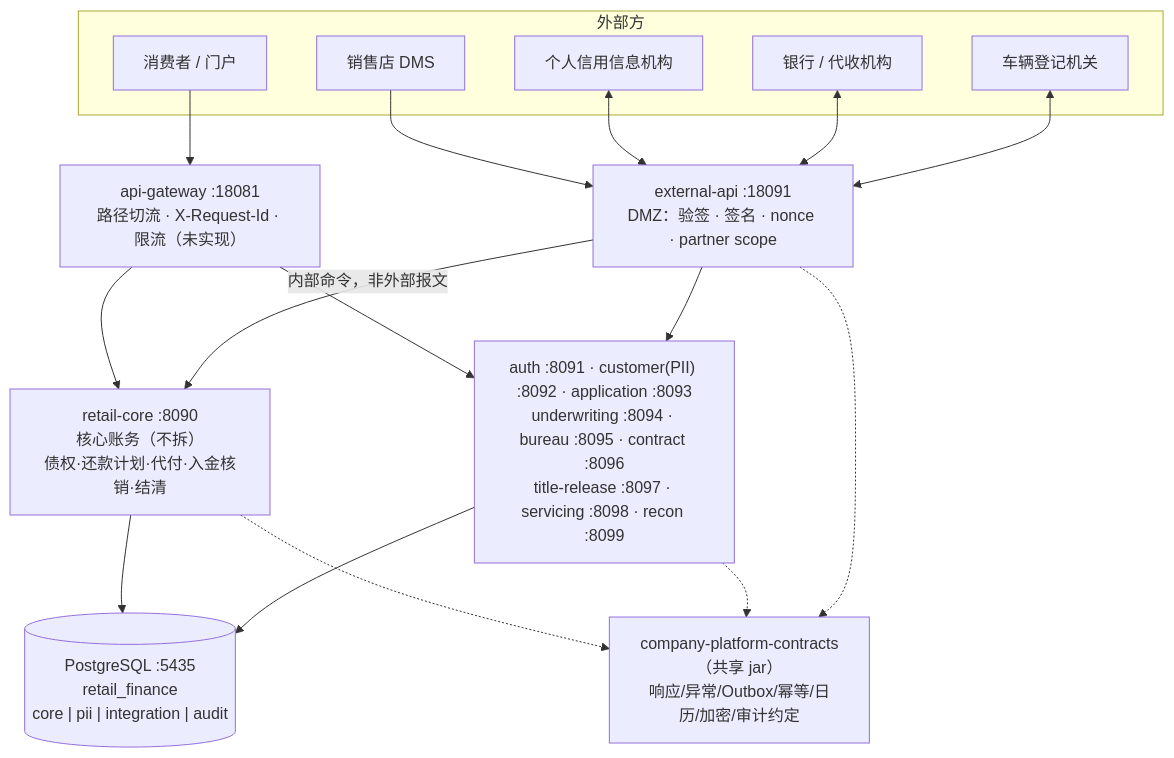
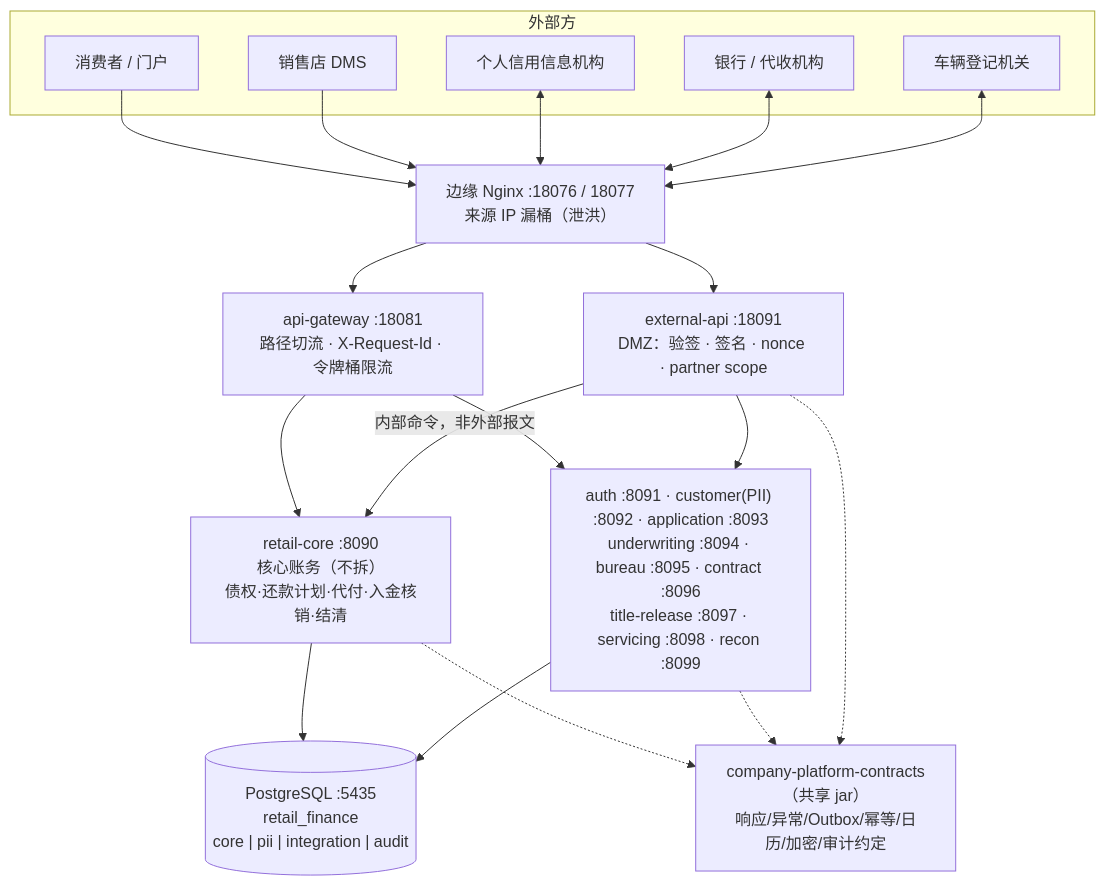
Before and after one commit to anehing-pixel/retail-finance-system: the diagram in README.md, drawn with Mermaid. The commit also changed other lines of this file and 29 other files, not shown here.

````diff
--- a/README.md
+++ b/README.md
@@ -91,31 +92,34 @@
 ```mermaid
 flowchart TB
   subgraph EXT["外部方"]
     CUST[消费者 / 门户]
     DMS[销售店 DMS]
     BUR[个人信用信息机构]
     BANK[银行 / 代收机构]
     GOV[车辆登记机关]
   end
-  GW["api-gateway :18081<br/>路径切流 · X-Request-Id · 限流（未实现）"]
+  EDGE["边缘 Nginx :18076 / 18077<br/>来源 IP 漏桶（泄洪）"]
+  GW["api-gateway :18081<br/>路径切流 · X-Request-Id · 令牌桶限流"]
   DMZ["external-api :18091<br/>DMZ：验签 · 签名 · nonce · partner scope"]
   CORE["retail-core :8090<br/>核心账务（不拆）<br/>债权·还款计划·代付·入金核销·结清"]
   SVC["auth :8091 · customer(PII) :8092 · application :8093<br/>underwriting :8094 · bureau :8095 · contract :8096<br/>title-release :8097 · servicing :8098 · recon :8099"]
   DB[("PostgreSQL :5435<br/>retail_finance<br/>core | pii | integration | audit")]
   PLAT["company-platform-contracts（共享 jar）<br/>响应/异常/Outbox/幂等/日历/加密/审计约定"]
 
-  CUST --> GW
-  DMS --> DMZ
-  BUR <--> DMZ
-  BANK <--> DMZ
-  GOV <--> DMZ
+  CUST --> EDGE
+  DMS --> EDGE
+  BUR <--> EDGE
+  BANK <--> EDGE
+  GOV <--> EDGE
+  EDGE --> GW
+  EDGE --> DMZ
   GW --> CORE
   GW --> SVC
   DMZ -->|内部命令，非外部报文| CORE
   DMZ --> SVC
   CORE --> DB
   SVC --> DB
   CORE -.-> PLAT
   SVC -.-> PLAT
   DMZ -.-> PLAT
 ```
````
